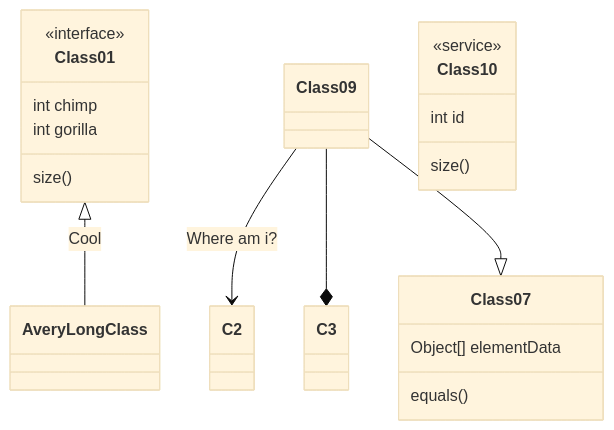
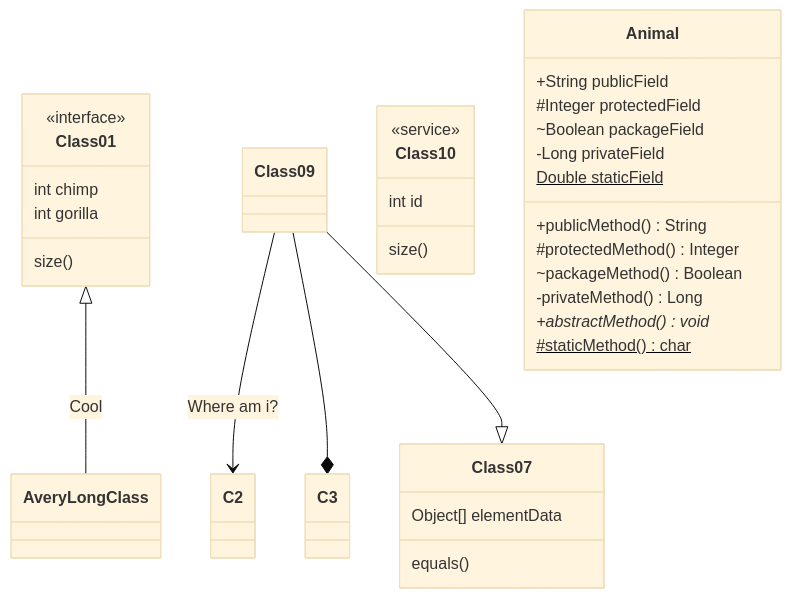
One commit to mengzeyuan/Markdown changed the second of 3 diagrams in test.md. Above: the diagram before and after it, drawn with Mermaid (base theme). The commit also changed other lines of this file, not shown here.

````diff
--- a/test.md
+++ b/test.md
@@ -55,19 +55,34 @@
 ```mermaid
 classDiagram
 
   Class01 <|-- AveryLongClass: Cool
   <<interface>> Class01
   Class09-->C2: Where am i?
   Class09 --* C3
   Class09 --|> Class07
   Class07: equals()
   Class07: Object[] elementData
   Class01: size()
   Class01: int chimp
   Class01: int gorilla
   class Class10 {
   <<service>>
   int id
   size()
  }
+
+ class Animal {
+        +String publicField
+        #Integer protectedField
+        ~Boolean packageField
+        -Long privateField
+        Double staticField$
+
+        +publicMethod() String
+        #protectedMethod() Integer
+        ~packageMethod() Boolean
+        -privateMethod() Long
+        +abstractMethod()* void
+        #staticMethod()$ char
+    }
 ```
````
